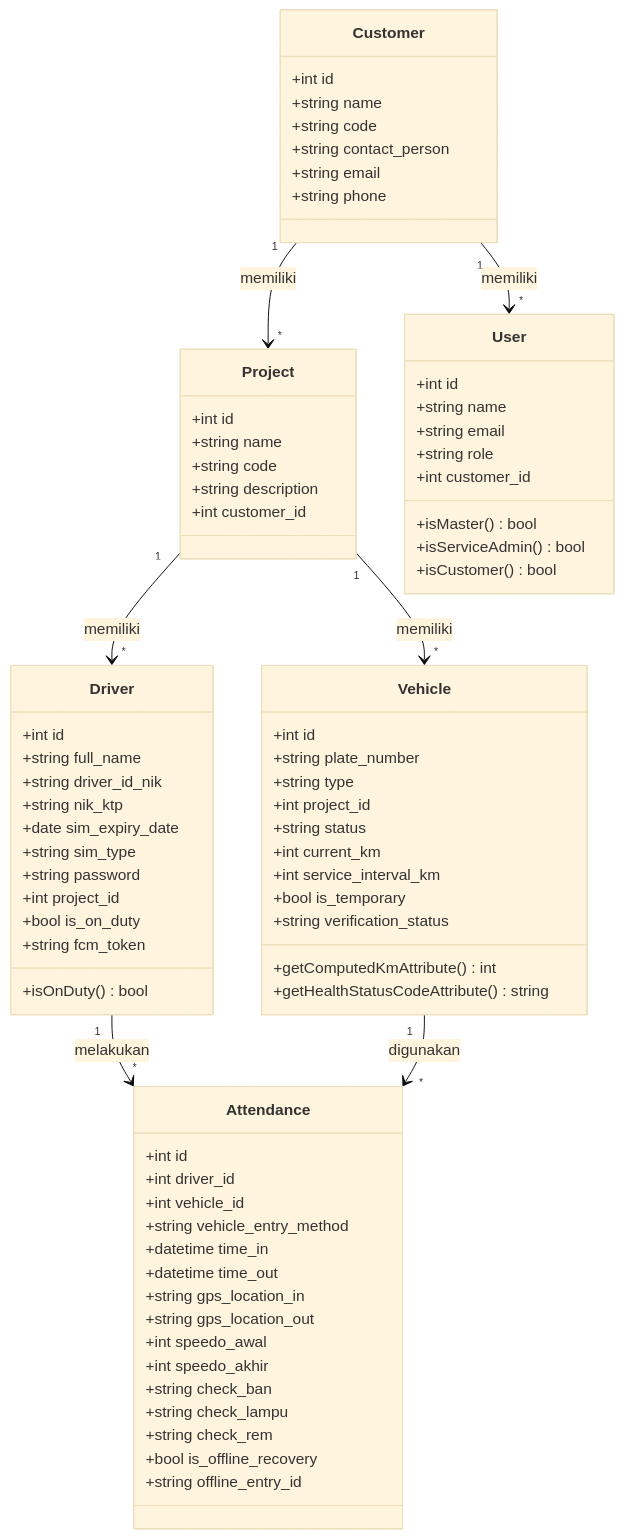
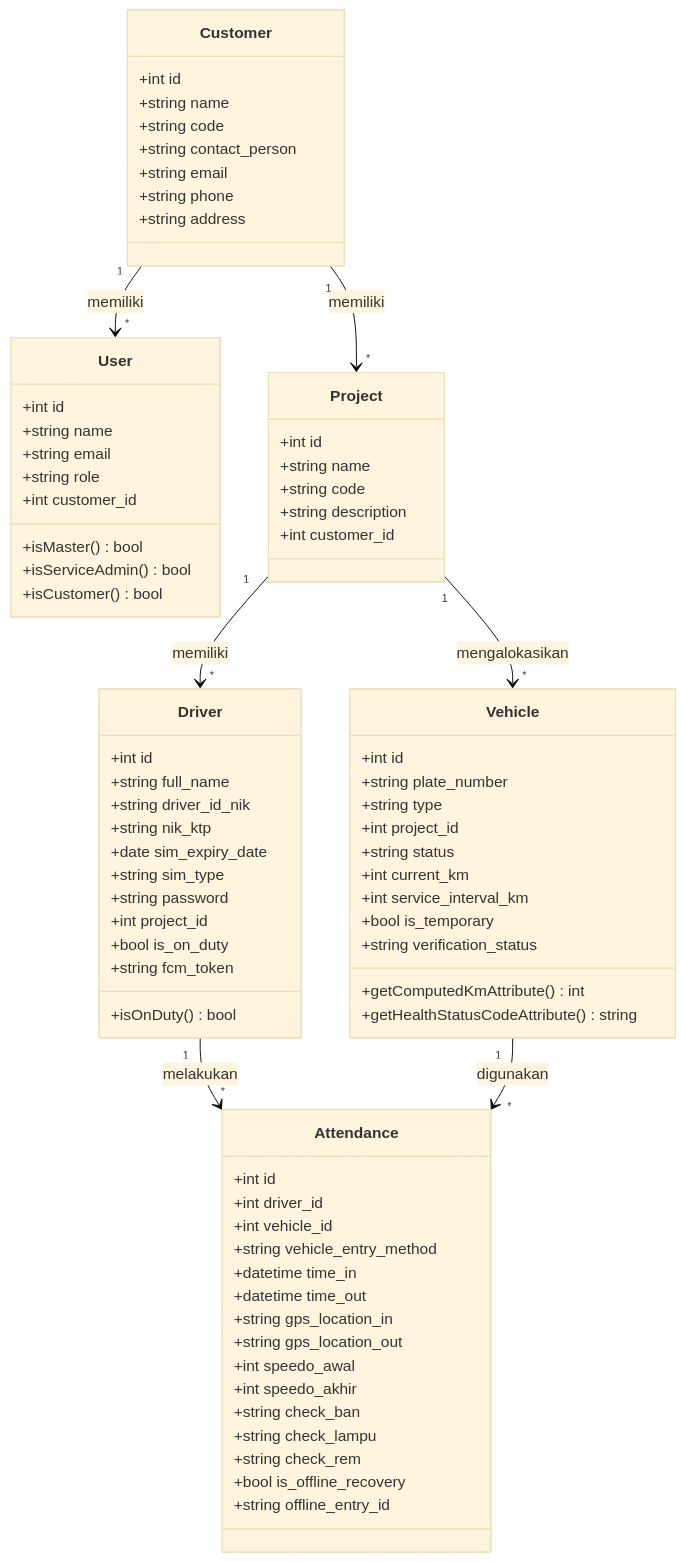
The first of 3 diagrams in docs/class_diagram.md (rohandev19/Absen-Driver), drawn with Mermaid (base theme) before and after one commit. The commit also changed other lines of this file and 12 other files, not shown here.

Commit message:
fix: resolve vehicle odometer synchronization, fix admin permission issues, and enhance physical check UI

````diff
--- a/docs/class_diagram.md
+++ b/docs/class_diagram.md
@@ -9,5 +13,34 @@
 ```mermaid
 classDiagram
+    class Customer {
+        +int id
+        +string name
+        +string code
+        +string contact_person
+        +string email
+        +string phone
+        +string address
+    }
+
+    class User {
+        +int id
+        +string name
+        +string email
+        +string role
+        +int customer_id
+        +isMaster() bool
+        +isServiceAdmin() bool
+        +isCustomer() bool
+    }
+
+    class Project {
+        +int id
+        +string name
+        +string code
+        +string description
+        +int customer_id
+    }
+
     class Driver {
         +int id
         +string full_name
@@ -54,38 +87,10 @@
         +string offline_entry_id
     }
 
-    class Project {
-        +int id
-        +string name
-        +string code
-        +string description
-        +int customer_id
-    }
-
-    class Customer {
-        +int id
-        +string name
-        +string code
-        +string contact_person
-        +string email
-        +string phone
-    }
-
-    class User {
-        +int id
-        +string name
-        +string email
-        +string role
-        +int customer_id
-        +isMaster() bool
-        +isServiceAdmin() bool
-        +isCustomer() bool
-    }
-
+    Customer "1" --> "*" User : memiliki
     Customer "1" --> "*" Project : memiliki
     Project "1" --> "*" Driver : memiliki
-    Project "1" --> "*" Vehicle : memiliki
+    Project "1" --> "*" Vehicle : mengalokasikan
     Driver "1" --> "*" Attendance : melakukan
     Vehicle "1" --> "*" Attendance : digunakan
-    Customer "1" --> "*" User : memiliki
 ```
````
